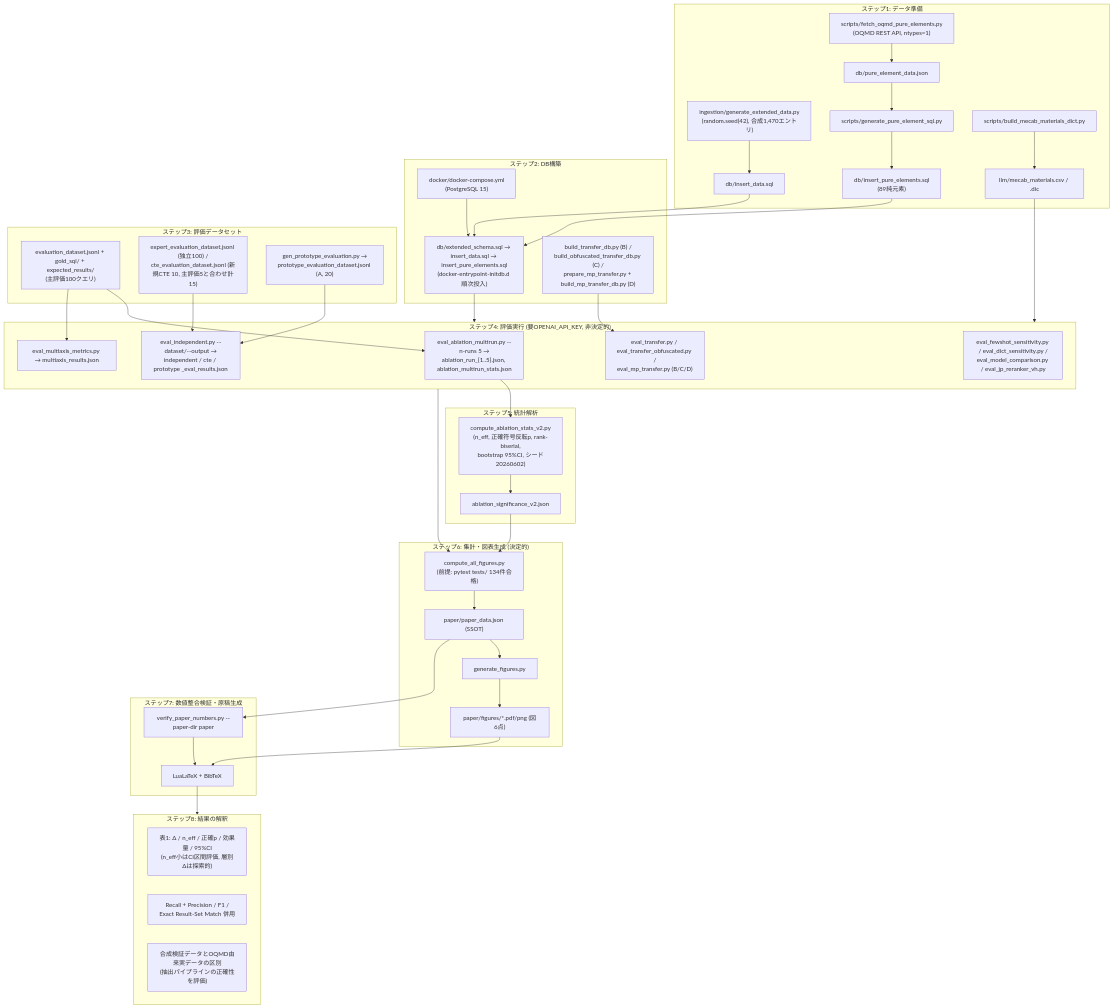
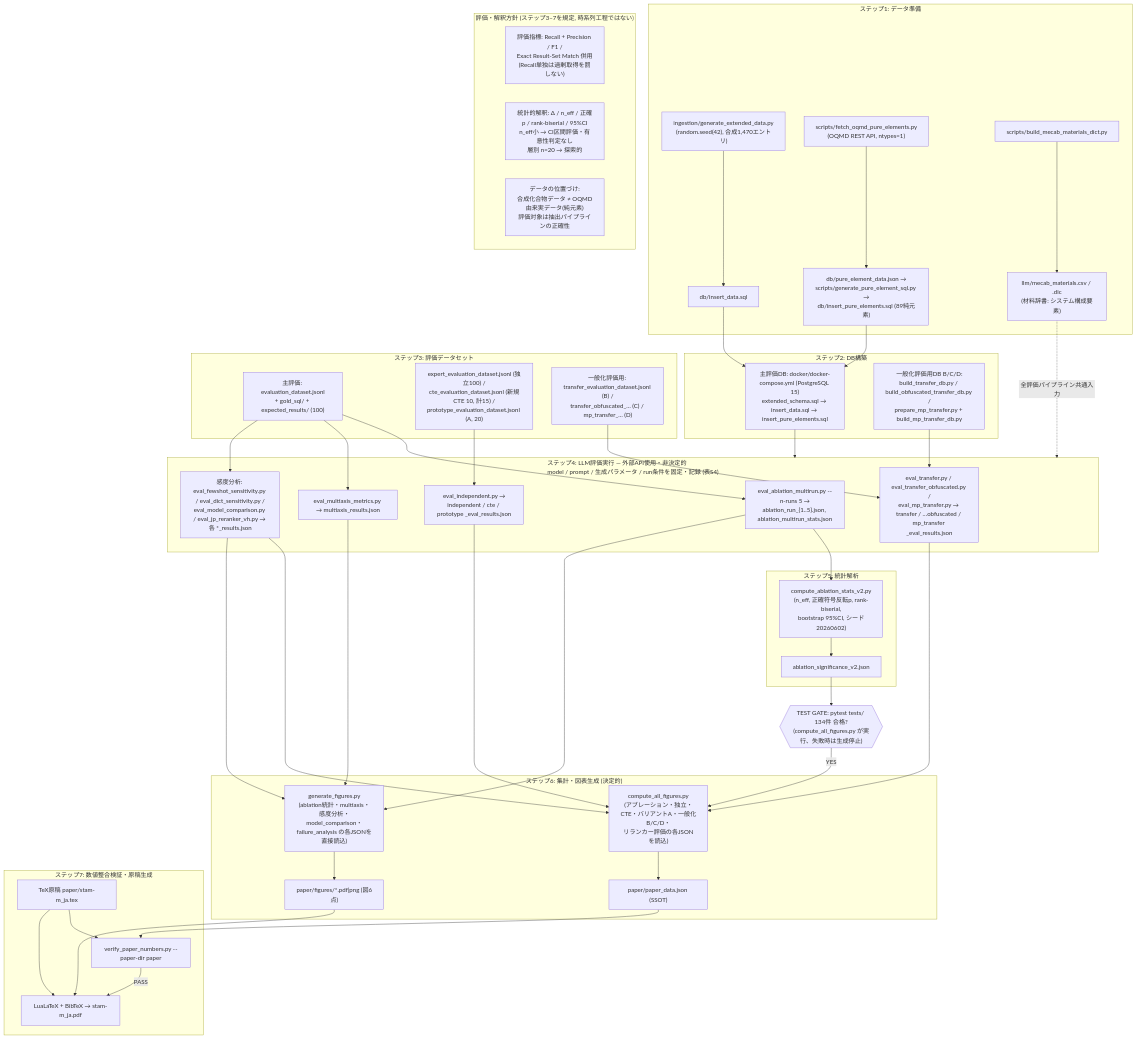
The diagram in l12-schema-graph-text2sql/paper/figures/workflow.mmd (minimumtone/machine-learning), drawn with Mermaid before and after one commit. The commit also changed 3 other files, not shown here.

Commit message:
docs: ワークフロー図をレビュー指摘反映で再構成（依存線の欠落修正・TEST GATE・解釈方針を別枠化）+ 原稿ワークフロー節を同期

```diff
--- a/l12-schema-graph-text2sql/paper/figures/workflow.mmd
+++ b/l12-schema-graph-text2sql/paper/figures/workflow.mmd
@@ -1,65 +1,70 @@
 flowchart TB
   subgraph S1["ステップ1: データ準備"]
     A1["ingestion/generate_extended_data.py<br/>(random.seed(42), 合成1,470エントリ)"] --> A2["db/insert_data.sql"]
-    B1["scripts/fetch_oqmd_pure_elements.py<br/>(OQMD REST API, ntypes=1)"] --> B2["db/pure_element_data.json"]
-    B2 --> B3["scripts/generate_pure_element_sql.py"] --> B4["db/insert_pure_elements.sql<br/>(89純元素)"]
-    C1["scripts/build_mecab_materials_dict.py"] --> C2["llm/mecab_materials.csv / .dic"]
+    B1["scripts/fetch_oqmd_pure_elements.py<br/>(OQMD REST API, ntypes=1)"] --> B2["db/pure_element_data.json →<br/>scripts/generate_pure_element_sql.py →<br/>db/insert_pure_elements.sql (89純元素)"]
+    C1["scripts/build_mecab_materials_dict.py"] --> C2["llm/mecab_materials.csv / .dic<br/>(材料辞書: システム構成要素)"]
   end
 
   subgraph S2["ステップ2: DB構築"]
-    D1["docker/docker-compose.yml<br/>(PostgreSQL 15)"]
-    D2["db/extended_schema.sql → insert_data.sql → insert_pure_elements.sql<br/>(docker-entrypoint-initdb.d 順次投入)"]
-    D1 --> D2
-    D3["build_transfer_db.py (B) /<br/>build_obfuscated_transfer_db.py (C) /<br/>prepare_mp_transfer.py + build_mp_transfer_db.py (D)"]
+    D2["主評価DB: docker/docker-compose.yml (PostgreSQL 15)<br/>extended_schema.sql → insert_data.sql → insert_pure_elements.sql"]
+    D3["一般化評価用DB B/C/D:<br/>build_transfer_db.py / build_obfuscated_transfer_db.py /<br/>prepare_mp_transfer.py + build_mp_transfer_db.py"]
   end
   A2 --> D2
-  B4 --> D2
+  B2 --> D2
 
   subgraph S3["ステップ3: 評価データセット"]
-    E1["evaluation_dataset.jsonl + gold_sql/ + expected_results/<br/>(主評価100クエリ)"]
-    E2["expert_evaluation_dataset.jsonl (独立100) /<br/>cte_evaluation_dataset.jsonl (新規CTE 10, 主評価5と合わせ計15)"]
-    E3["gen_prototype_evaluation.py →<br/>prototype_evaluation_dataset.jsonl (A, 20)"]
+    E1["主評価: evaluation_dataset.jsonl<br/>+ gold_sql/ + expected_results/ (100)"]
+    E2["expert_evaluation_dataset.jsonl (独立100) /<br/>cte_evaluation_dataset.jsonl (新規CTE 10, 計15) /<br/>prototype_evaluation_dataset.jsonl (A, 20)"]
+    E4["一般化評価用: transfer_evaluation_dataset.jsonl (B) /<br/>transfer_obfuscated_… (C) / mp_transfer_… (D)"]
   end
 
-  subgraph S4["ステップ4: 評価実行 (要OPENAI_API_KEY, 非決定的)"]
+  subgraph S4["ステップ4: LLM評価実行 — 外部API使用・非決定的<br/>model / prompt / 生成パラメータ / run条件を固定・記録 (表S4)"]
     F1["eval_ablation_multirun.py --n-runs 5 →<br/>ablation_run_{1..5}.json, ablation_multirun_stats.json"]
     F2["eval_multiaxis_metrics.py → multiaxis_results.json"]
-    F3["eval_independent.py --dataset/--output →<br/>independent / cte / prototype _eval_results.json"]
-    F4["eval_transfer.py / eval_transfer_obfuscated.py /<br/>eval_mp_transfer.py (B/C/D)"]
-    F5["eval_fewshot_sensitivity.py / eval_dict_sensitivity.py /<br/>eval_model_comparison.py / eval_jp_reranker_vh.py"]
+    F3["eval_independent.py →<br/>independent / cte / prototype _eval_results.json"]
+    F4["eval_transfer.py / eval_transfer_obfuscated.py /<br/>eval_mp_transfer.py → transfer / …obfuscated / mp_transfer _eval_results.json"]
+    F5["感度分析: eval_fewshot_sensitivity.py / eval_dict_sensitivity.py /<br/>eval_model_comparison.py / eval_jp_reranker_vh.py → 各 *_results.json"]
   end
   D2 --> S4
   D3 --> F4
   E1 --> F1
   E1 --> F2
+  E1 --> F5
   E2 --> F3
-  E3 --> F3
-  C2 --> S4
+  E4 --> F4
+  C2 -. 全評価パイプライン共通入力 .-> S4
 
   subgraph S5["ステップ5: 統計解析"]
     G1["compute_ablation_stats_v2.py<br/>(n_eff, 正確符号反転p, rank-biserial,<br/>bootstrap 95%CI, シード20260602)"] --> G2["ablation_significance_v2.json"]
   end
   F1 --> G1
 
+  GATE{{"TEST GATE: pytest tests/ 134件 合格?<br/>(compute_all_figures.py が実行、失敗時は生成停止)"}}
+  G2 --> GATE
+
   subgraph S6["ステップ6: 集計・図表生成 (決定的)"]
-    H1["compute_all_figures.py<br/>(前提: pytest tests/ 134件合格)"] --> H2["paper/paper_data.json (SSOT)"]
-    H3["generate_figures.py"] --> H4["paper/figures/*.pdf/png (図6点)"]
+    H1["compute_all_figures.py<br/>(アブレーション・独立・CTE・バリアントA・一般化B/C/D・<br/>リランカー評価の各JSONを読込)"] --> H2["paper/paper_data.json (SSOT)"]
+    H3["generate_figures.py<br/>(ablation統計・multiaxis・感度分析・model_comparison・<br/>failure_analysis の各JSONを直接読込)"] --> H4["paper/figures/*.pdf|png (図6点)"]
   end
-  S4 --> H1
-  G2 --> H1
-  H2 --> H3
+  GATE -- YES --> H1
+  F1 --> H3
+  F2 --> H3
+  F3 --> H1
+  F4 --> H1
+  F5 --> H1
+  F5 --> H3
 
   subgraph S7["ステップ7: 数値整合検証・原稿生成"]
-    I1["verify_paper_numbers.py --paper-dir paper"]
-    I2["LuaLaTeX + BibTeX"]
+    TEX["TeX原稿 paper/stam-m_ja.tex"]
+    I1["verify_paper_numbers.py --paper-dir paper"] -- PASS --> I2["LuaLaTeX + BibTeX → stam-m_ja.pdf"]
   end
   H2 --> I1
+  TEX --> I1
+  TEX --> I2
   H4 --> I2
-  I1 --> I2
 
-  subgraph S8["ステップ8: 結果の解釈"]
-    J1["表1: Δ / n_eff / 正確p / 効果量 / 95%CI<br/>(n_eff小はCI区間評価, 層別Δは探索的)"]
-    J2["Recall + Precision / F1 /<br/>Exact Result-Set Match 併用"]
-    J3["合成検証データとOQMD由来実データの区別<br/>(抽出パイプラインの正確性を評価)"]
+  subgraph POLICY["評価・解釈方針 (ステップ3–7を規定, 時系列工程ではない)"]
+    J1["評価指標: Recall + Precision / F1 /<br/>Exact Result-Set Match 併用<br/>(Recall単独は過剰取得を罰しない)"]
+    J2["統計的解釈: Δ / n_eff / 正確p / rank-biserial / 95%CI<br/>n_eff小 → CI区間評価・有意性判定なし<br/>層別 n=20 → 探索的"]
+    J3["データの位置づけ:<br/>合成化合物データ ≠ OQMD由来実データ(純元素)<br/>評価対象は抽出パイプラインの正確性"]
   end
-  I2 --> S8
```
